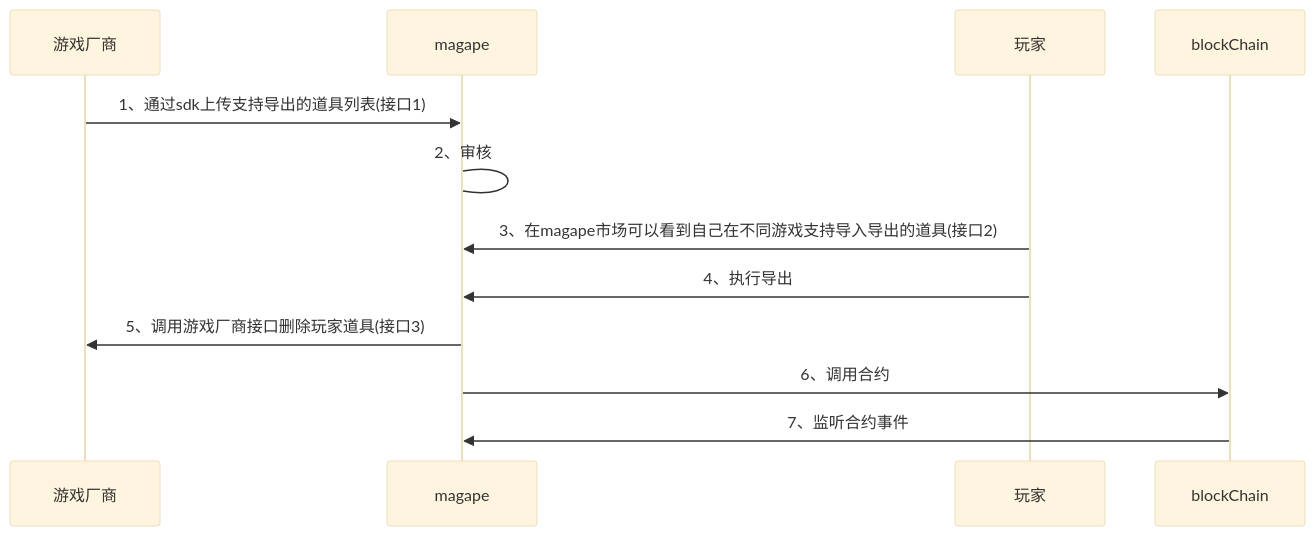
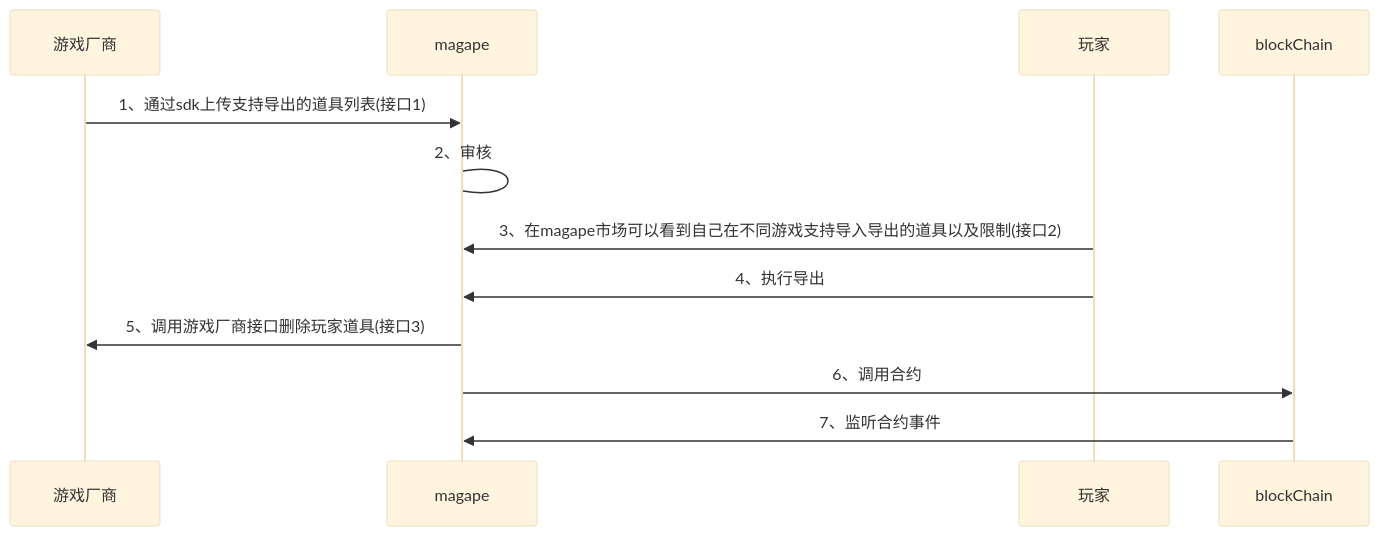
The second of 5 diagrams in README_CN.md (magape-io/sdk), drawn with Mermaid (base theme) before and after one commit. The commit also changed other lines of this file, not shown here.

````diff
--- a/README_CN.md
+++ b/README_CN.md
@@ -35,13 +39,13 @@
 ```mermaid
 sequenceDiagram
     participant 游戏厂商
     participant magape
     participant 玩家
     		游戏厂商 ->> magape: 1、通过sdk上传支持导出的道具列表(接口1)
 		magape -> magape: 2、审核
-		玩家 ->> magape: 3、在magape市场可以看到自己在不同游戏支持导入导出的道具(接口2)
+		玩家 ->> magape: 3、在magape市场可以看到自己在不同游戏支持导入导出的道具以及限制(接口2)
 		玩家 ->> magape: 4、执行导出
 		magape ->> 游戏厂商: 5、调用游戏厂商接口删除玩家道具(接口3)
 		magape ->> blockChain: 6、调用合约
 		blockChain ->> magape: 7、监听合约事件
 ```
````
